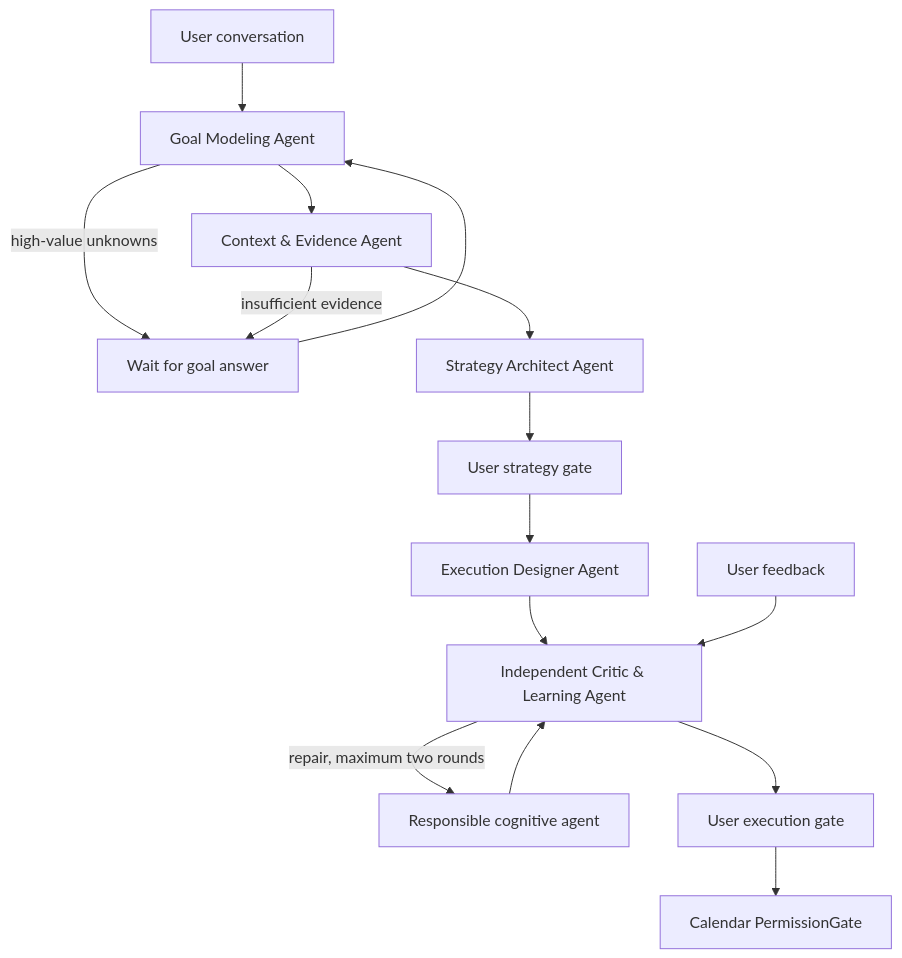
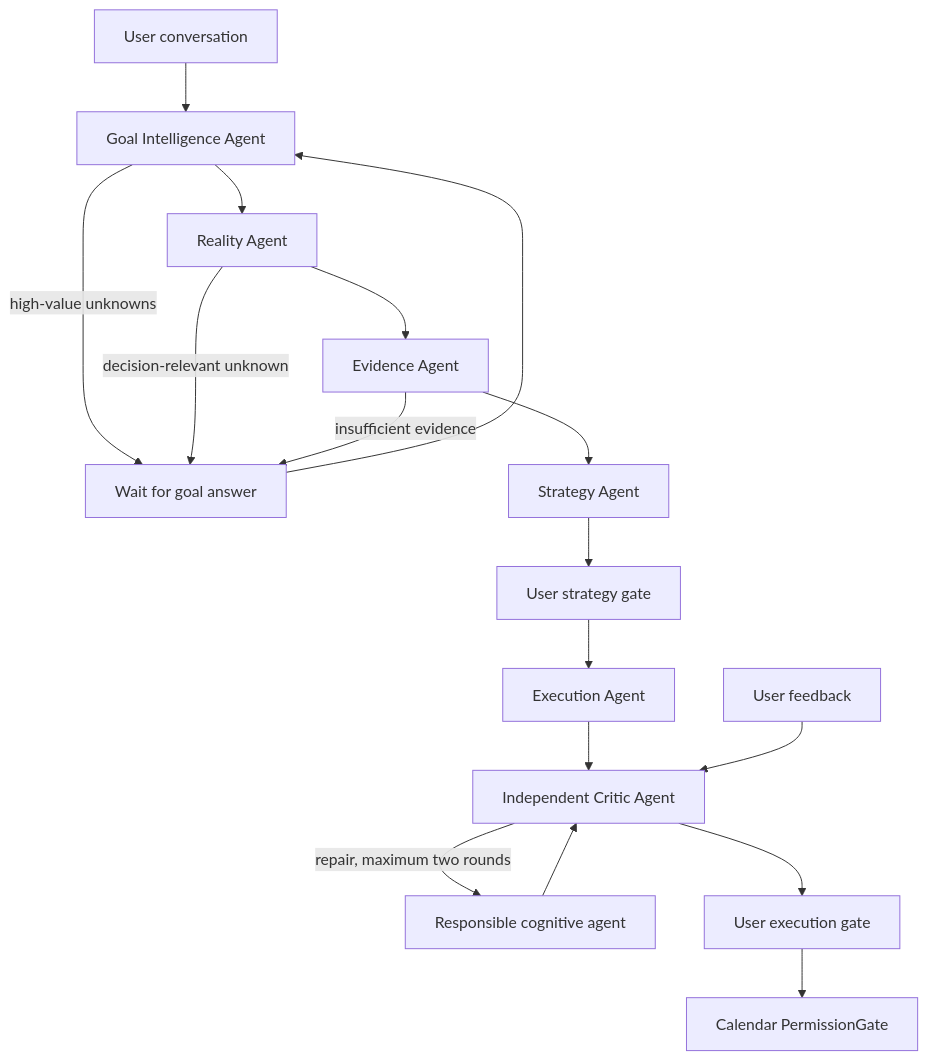
Before and after one commit to ab2956955606-cmyk/Planix: the diagram in README.md, drawn with Mermaid. The commit also changed other lines of this file and 55 other files, not shown here.

````diff
--- a/README.md
+++ b/README.md
@@ -231,17 +260,19 @@
 ```mermaid
 flowchart TD
-  U["User conversation"] --> G["Goal Modeling Agent"]
+  U["User conversation"] --> G["Goal Intelligence Agent"]
   G -->|"high-value unknowns"| Q["Wait for goal answer"]
   Q --> G
-  G --> E["Context & Evidence Agent"]
+  G --> RY["Reality Agent"]
+  RY -->|"decision-relevant unknown"| Q
+  RY --> E["Evidence Agent"]
   E -->|"insufficient evidence"| Q
-  E --> S["Strategy Architect Agent"]
+  E --> S["Strategy Agent"]
   S --> SG["User strategy gate"]
-  SG --> X["Execution Designer Agent"]
-  X --> C["Independent Critic & Learning Agent"]
+  SG --> X["Execution Agent"]
+  X --> C["Independent Critic Agent"]
   C -->|"repair, maximum two rounds"| R["Responsible cognitive agent"]
   R --> C
   C --> EG["User execution gate"]
   EG --> PG["Calendar PermissionGate"]
   F["User feedback"] --> C
 ```
````
